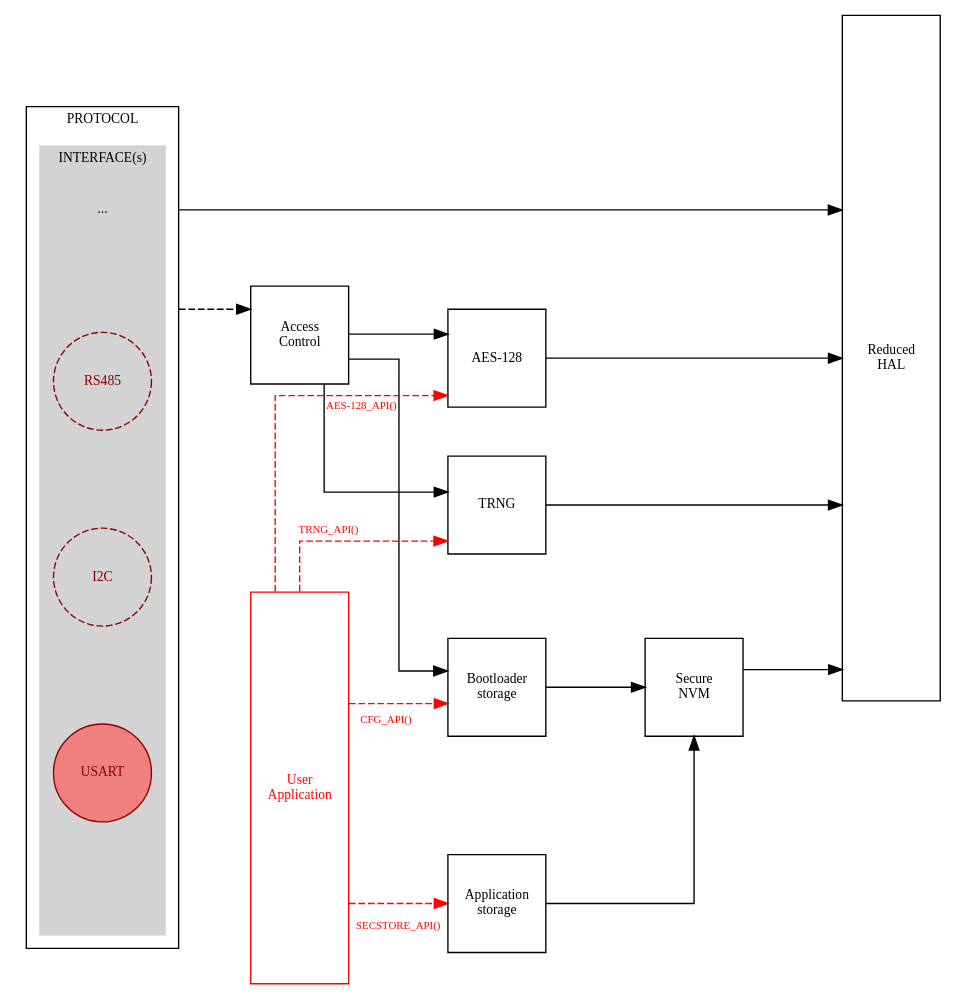
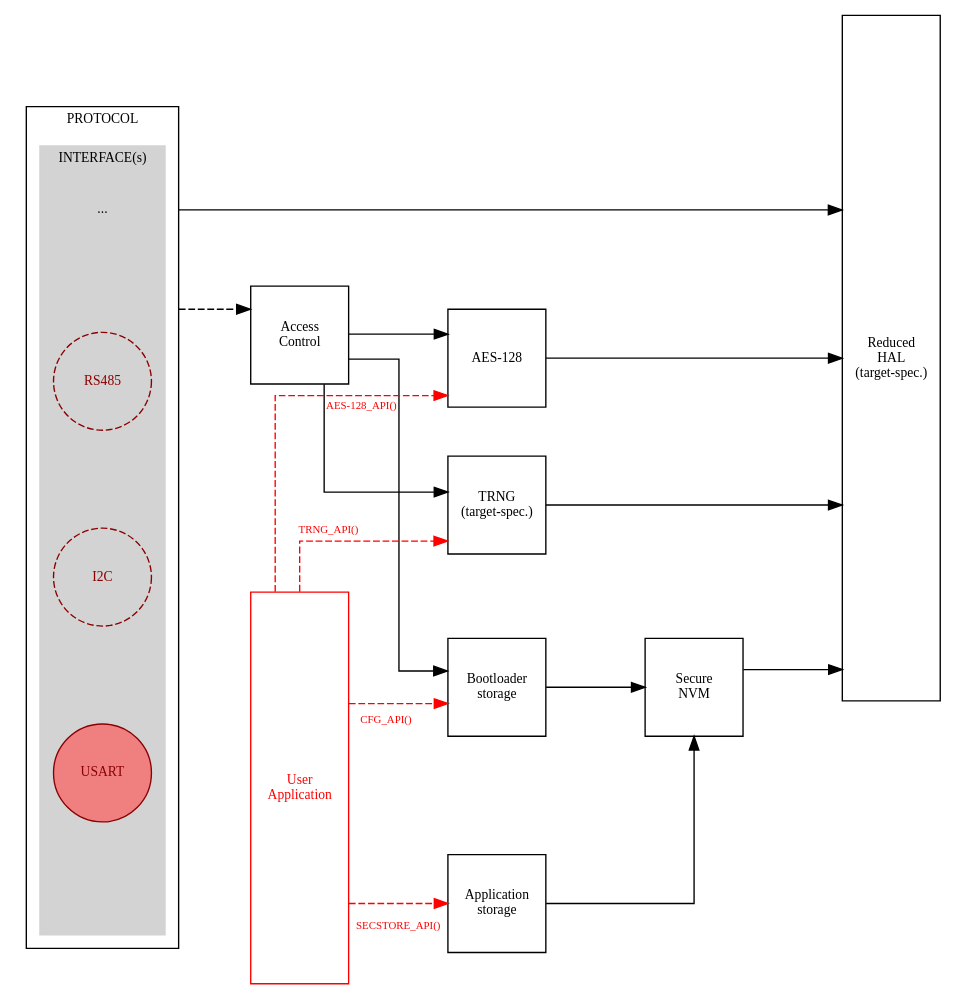
The diagram in resources/appNotes/008/modules.dot (SmartCAMPUSZCU/KETCube-docs), drawn with Graphviz before and after one commit. The commit also changed 2 other files, not shown here.

```diff
--- a/resources/appNotes/008/modules.dot
+++ b/resources/appNotes/008/modules.dot
@@ -1,94 +1,94 @@
 digraph {
     rankdir="LR";
     newrank=true;
     ratio="fill";
     margin=0;
     compound=true;
     splines=ortho;
     nodesep=0.5;
     node [penwidth=1, width=1, fontsize=10 fixedsize=true];
     edge [arrowhead=normal,arrowtail=normal,penwidth=1, minlen=2, fontsize=8];
 
-    HAL      [shape=box, label="Reduced\nHAL" tooltip="HAL/Hardware drivers\n(SMT32 HAL or STM32 LL Drivers)" height=7 fixedsize=true];
+    HAL      [shape=box, label="Reduced\nHAL\n(target-spec.)" tooltip="HAL/Hardware drivers\n(SMT32 HAL or STM32 LL Drivers)" height=7 fixedsize=true];
 
 subgraph cluster_Protocol {
     rankdir="LR";
     label="PROTOCOL"
     tooltip="STM32 Bootloader Protocol"
     fontsize=10 fixedsize=true
     margin=10
     
     subgraph cluster_IFACEs {
         rankdir="LR";
         style=filled;
         color=lightgrey;
         label="INTERFACE(s)"
         tooltip="Supported Interfaces"
         fontsize=10 fixedsize=true
         margin=10
         
         {
             rank=same;
             
             // dummy node
             cluster_Protocol_DUMMY_start [shape=none, style=invis, width=0, height=0];
             
             USART    [shape=circle, label="USART", style=filled, fillcolor=LightCoral, color=darkRed, fontcolor=darkRed];
             I2C      [shape=circle, label="I2C",   style=dashed, fillcolor=gray,       color=darkRed, fontcolor=darkRed];
             RS485    [shape=circle, label="RS485", style=dashed, fillcolor=gray,       color=darkRed, fontcolor=darkRed];
             
             // dummy node
             LAST_PROTOCOL [shape=none, label="..."];
         }
         
         
     }
 
 }
     
     // connect clusters
     LAST_PROTOCOL -> ACL [ltail=cluster_Protocol, style=dashed]
     
     {
         rank=same;
         USERAPP  [shape=box, label="User\nApplication" tooltip="User Application in Flash/RAM" height=4 color=red fontcolor=red];   
         ACL        [shape=square, label="Access\nControl" tooltip="Access Control"];
     }
     
     {
         rank=same;
-        TRNG        [shape=square, label="TRNG" tooltip="True Random Number Generator Module"];
+        TRNG        [shape=square, label="TRNG\n(target-spec.)" tooltip="True Random Number Generator Module"];
         AES128      [shape=square, label="AES-128" tooltip="AES-128"];
     
         SECBLSTORE  [shape=square, label="Bootloader\nstorage"   tooltip="Secure Bootloader Storage"];
         SECAPPSTORE [shape=square, label="Application\nstorage"  tooltip="Secure Application Storage"];
     }
     
     SECSTORE    [shape=square, label="Secure\nNVM"     tooltip="Secure Storage (e.g. Secured EEPROM)"];
 
     TRNG    -> HAL
     AES128  -> HAL
     ACL     -> TRNG
     ACL     -> AES128
     ACL     -> SECBLSTORE
     
     SECSTORE -> HAL
     
     SECAPPSTORE -> SECSTORE
     SECBLSTORE -> SECSTORE
     
     
     USERAPP -> AES128   [style=dashed taillabel="AES-128_API()" labeldistance=15 color=red fontcolor=red]
     USERAPP -> SECAPPSTORE [style=dashed taillabel="SECSTORE_API()" labeldistance=4 color=red fontcolor=red]
     USERAPP -> TRNG [style=dashed taillabel="TRNG_API()" labeldistance=5 color=red fontcolor=red]
     USERAPP -> SECBLSTORE [style=dashed taillabel="CFG_API()" labeldistance=3 color=red fontcolor=red]
 
     
     //USART -> HAL
     LAST_PROTOCOL -> HAL [ltail=cluster_Protocol]
     
     // dummy edges
     cluster_Protocol_DUMMY_start -> USART -> I2C -> RS485 -> LAST_PROTOCOL [style=invis]
     ACL -> HAL [style=invis]
     
 }
```
